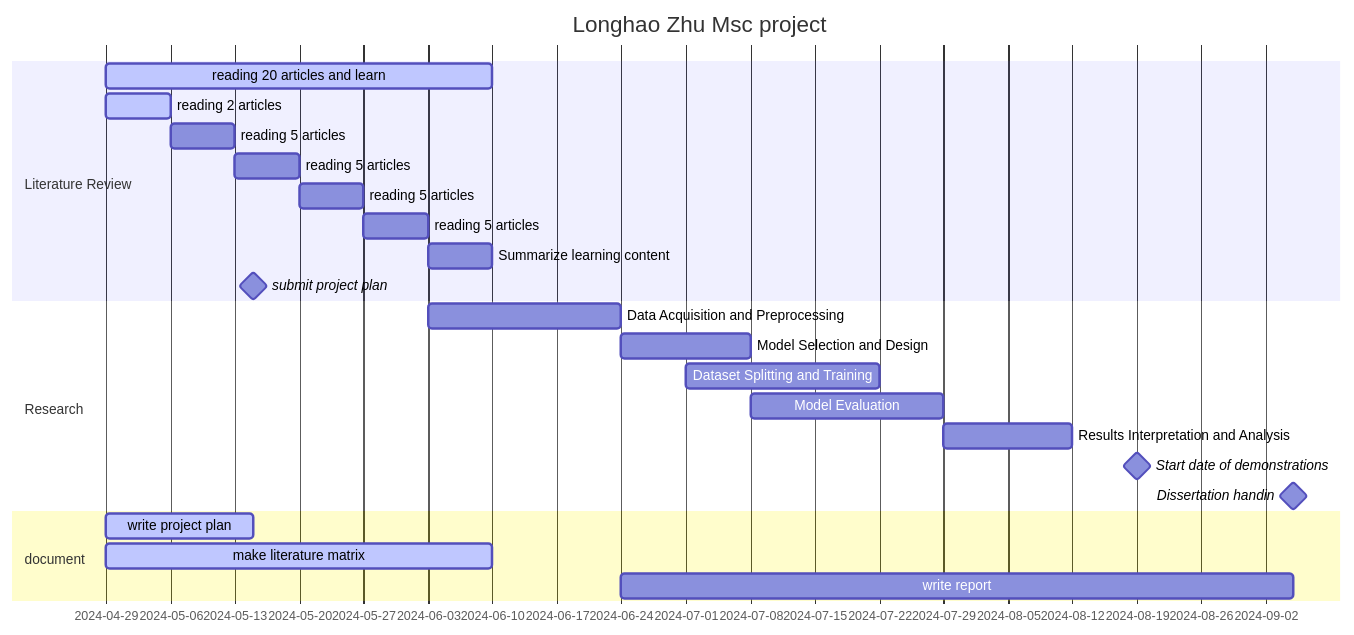
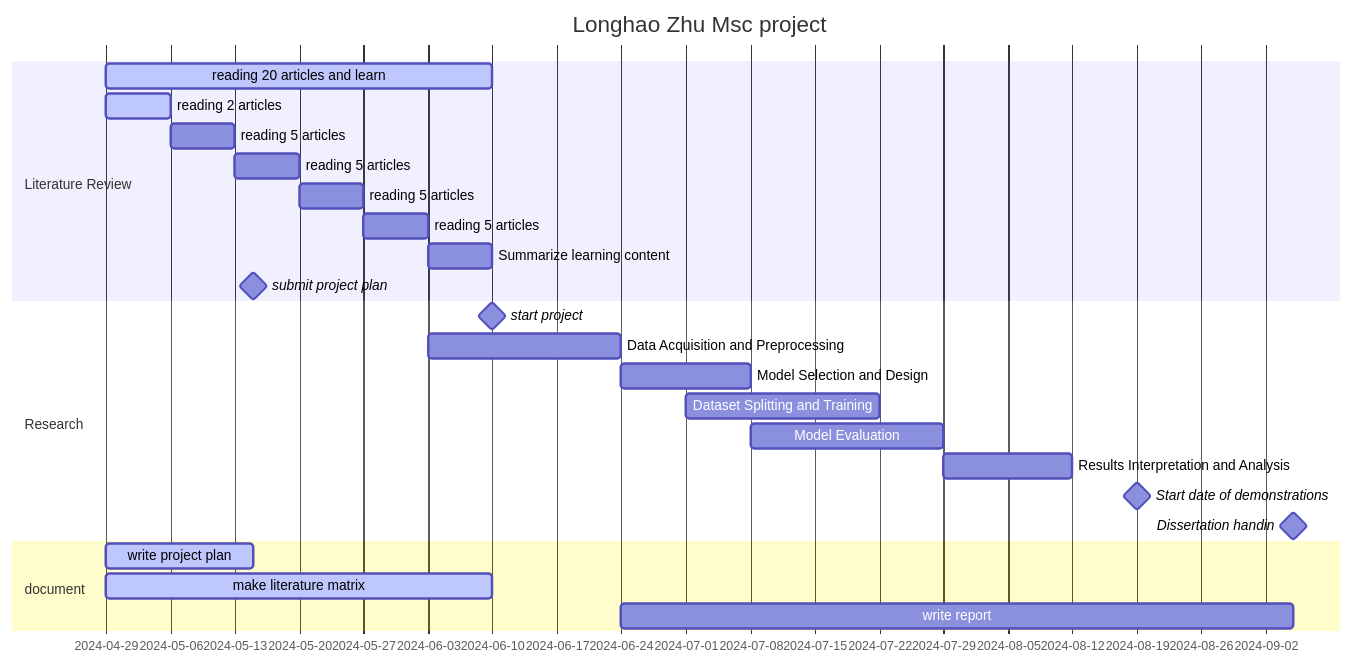
The diagram in document/plan/ganttchart.md (zlhbest/Msc_project), drawn with Mermaid before and after one commit. The commit also changed 2 other files, not shown here.

Commit message:
update ganttchart

````diff
--- a/document/plan/ganttchart.md
+++ b/document/plan/ganttchart.md
@@ -27,34 +27,35 @@
 ```Mermaid
 gantt
     dateFormat  YYYY-MM-DD
     title       Longhao Zhu Msc project
     tickInterval 1week
     weekday monday
 
 
     %%  until 10th june, i need to read 20 articles at least
     section Literature Review
     reading 20 articles and learn        :active,pre_task1, 2024-04-29,2024-06-10
     reading 2 articles          : active,read1, 2024-04-29,1w
     reading 5 articles          : read2, 2024-05-06,1w
     reading 5 articles          : read3,2024-05-13,1w
     reading 5 articles          : read3,2024-05-20,1w
     reading 5 articles          : read3,2024-05-27,1w
     Summarize learning content  : sum,2024-06-03,1w
     submit project plan         : milestone, m1, 2024-05-15,
 
 
     section Research
+    start project         : milestone, m2, 2024-06-10,
     Data Acquisition and Preprocessing  : task1,2024-06-03,3w
     Model Selection and Design          : task2, after task1,2w
     Dataset Splitting and Training      : task3, 2024-07-01,3w
     Model Evaluation                    : task4, 2024-07-08,3w
     Results Interpretation and Analysis : task5, after task4,2w
-    Start date of demonstrations        : milestone,m2,2024-08-19,
-    Dissertation handin                 : milestone,m3,2024-09-05,
+    Start date of demonstrations        : milestone,m3,2024-08-19,
+    Dissertation handin                 : milestone,m4,2024-09-05,
 
     section document
     write project plan : active, plan,2024-04-29,until m1
     make literature matrix: active,pre_task1, 2024-04-29,2024-06-10
     write report : report_task, 2024-06-24,2024-09-05
 ```
````
